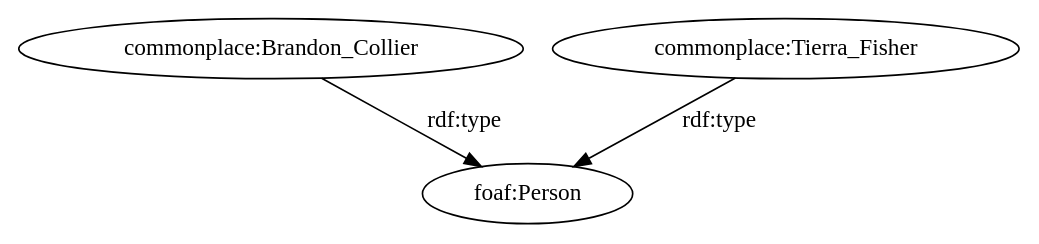
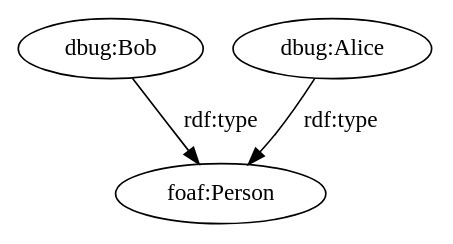
One commit to eristocrates/ipa changed the diagram in Source-code/Host-environment/Common-Language-Runtime/FSharp/Project/MyProvider/test_graph.quik.dot. Above: the diagram before and after it, drawn with Graphviz. The commit also changed 246 other files, not shown here.

```diff
--- a/Source-code/Host-environment/Common-Language-Runtime/FSharp/Project/MyProvider/test_graph.quik.dot
+++ b/Source-code/Host-environment/Common-Language-Runtime/FSharp/Project/MyProvider/test_graph.quik.dot
@@ -1,7 +1,7 @@
 digraph G {
-0 [label="commonplace:Brandon_Collier"];
+0 [label="dbug:Bob"];
 1 [label="foaf:Person"];
-2 [label="commonplace:Tierra_Fisher"];
+2 [label="dbug:Alice"];
 0 -> 1 [label="rdf:type"];
 2 -> 1 [label="rdf:type"];
 }
```
